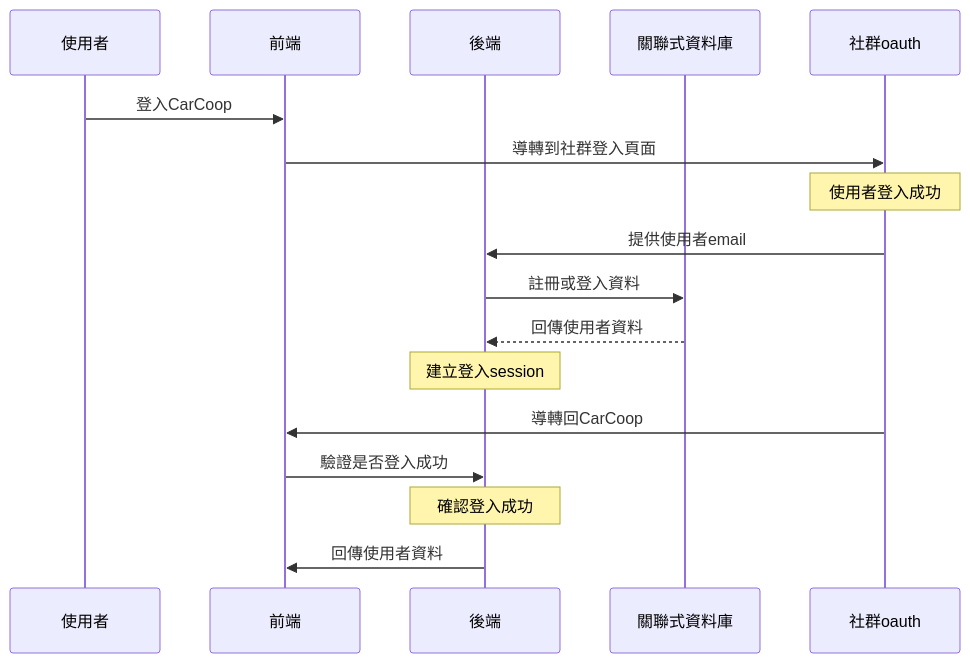
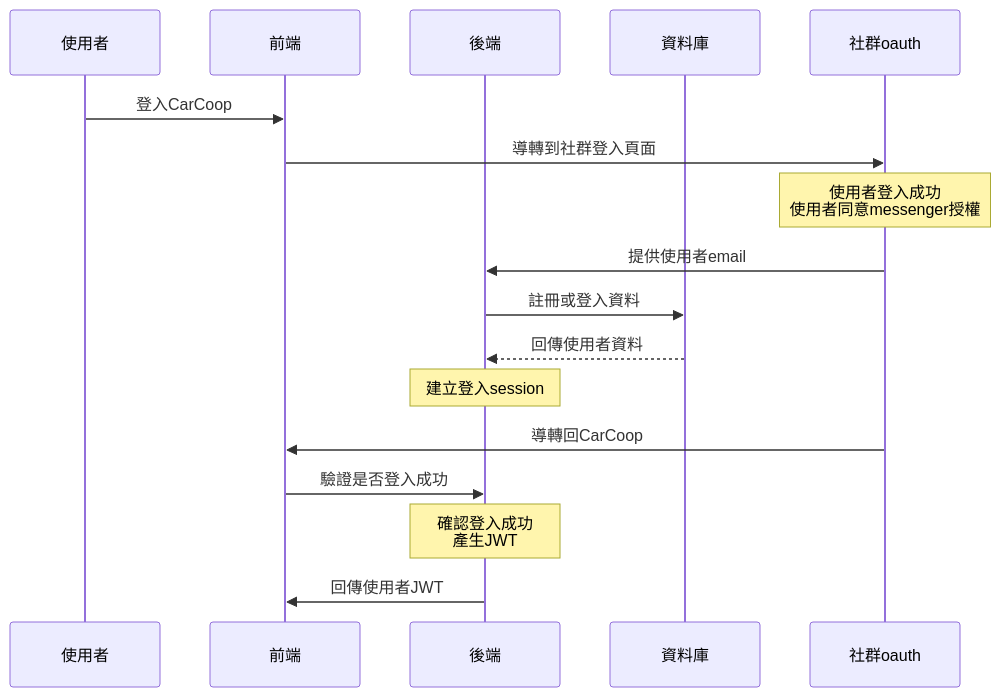
The first of 3 diagrams in README.md (CarCoop/car-coop), drawn with Mermaid before and after one commit. The commit also changed other lines of this file, not shown here.

Commit message:
根據20030423開會結果修改流程圖，加上facebook通知和JWT

````diff
--- a/README.md
+++ b/README.md
@@ -5,19 +14,19 @@
 ```mermaid
 sequenceDiagram
     participant 使用者
     participant 前端
     participant 後端
-    participant 關聯式資料庫
+    participant 資料庫
     participant 社群oauth
     使用者->>前端:登入CarCoop
     前端->>社群oauth:導轉到社群登入頁面
-    Note over 社群oauth: 使用者登入成功
+    Note over 社群oauth: 使用者登入成功<br>使用者同意messenger授權
     社群oauth->>後端:提供使用者email
-    後端->>關聯式資料庫:註冊或登入資料
-    關聯式資料庫-->>後端:回傳使用者資料
+    後端->>資料庫:註冊或登入資料
+    資料庫-->>後端:回傳使用者資料
     Note over 後端: 建立登入session
     社群oauth->>前端:導轉回CarCoop
     前端->>後端:驗證是否登入成功
-    Note over 後端: 確認登入成功
-    後端->>前端:回傳使用者資料
+    Note over 後端: 確認登入成功<br>產生JWT
+    後端->>前端:回傳使用者JWT
 ```
````
